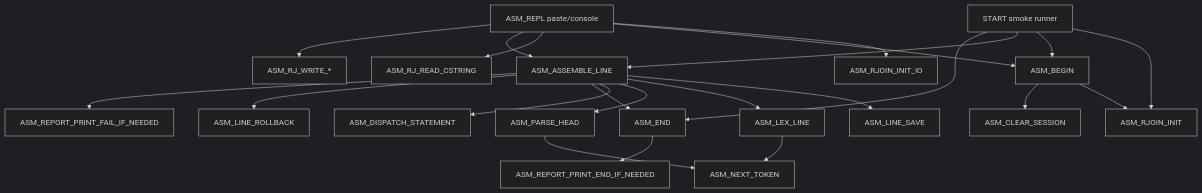
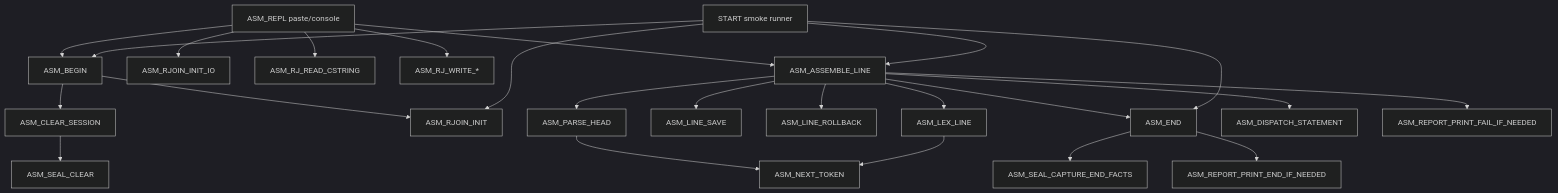
Before and after one commit to 95westus/R-YORS: the first of 4 diagrams in DOC/GUIDES/ASM/ASM_CALL_MAP.md, drawn with Mermaid (dark theme). The commit also changed other lines of this file and 49 other files, not shown here.

````diff
--- a/DOC/GUIDES/ASM/ASM_CALL_MAP.md
+++ b/DOC/GUIDES/ASM/ASM_CALL_MAP.md
@@ -24,47 +28,51 @@
 ```mermaid
 flowchart TD
     START["START smoke runner"]
     REPL["ASM_REPL paste/console"]
     BEGIN["ASM_BEGIN"]
     ENDASM["ASM_END"]
     RJOIN["ASM_RJOIN_INIT"]
     RJIO["ASM_RJOIN_INIT_IO"]
     CLEAR["ASM_CLEAR_SESSION"]
     READ["ASM_RJ_READ_CSTRING"]
     WRITE["ASM_RJ_WRITE_*"]
     LINE["ASM_ASSEMBLE_LINE"]
     SAVE["ASM_LINE_SAVE"]
     ROLL["ASM_LINE_ROLLBACK"]
+    SEALCLEAR["ASM_SEAL_CLEAR"]
+    SEALCAP["ASM_SEAL_CAPTURE_END_FACTS"]
     LEX["ASM_LEX_LINE"]
     TOK["ASM_NEXT_TOKEN"]
     HEAD["ASM_PARSE_HEAD"]
     DISP["ASM_DISPATCH_STATEMENT"]
     REPORTFAIL["ASM_REPORT_PRINT_FAIL_IF_NEEDED"]
     REPORTEND["ASM_REPORT_PRINT_END_IF_NEEDED"]
 
     START --> RJOIN
     START --> BEGIN
     START --> LINE
     START --> ENDASM
 
     REPL --> RJIO
     REPL --> BEGIN
     REPL --> READ
     REPL --> LINE
     REPL --> WRITE
 
     BEGIN --> RJOIN
     BEGIN --> CLEAR
+    CLEAR --> SEALCLEAR
+    ENDASM --> SEALCAP
     ENDASM --> REPORTEND
 
     LINE --> SAVE
     LINE --> LEX
     LINE --> HEAD
     LINE --> DISP
     LINE --> ENDASM
     LINE --> ROLL
     LINE --> REPORTFAIL
 
     LEX --> TOK
     HEAD --> TOK
 ```
````
